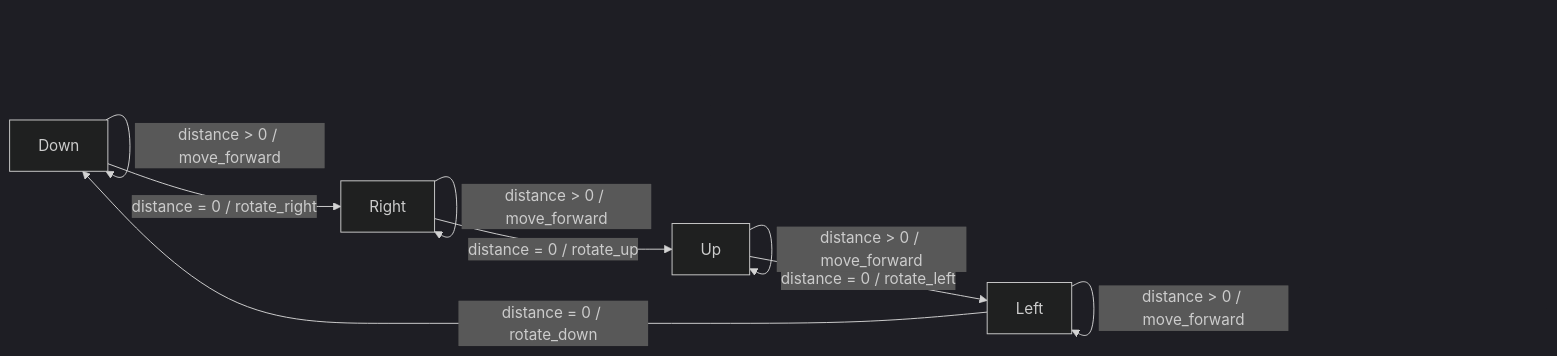
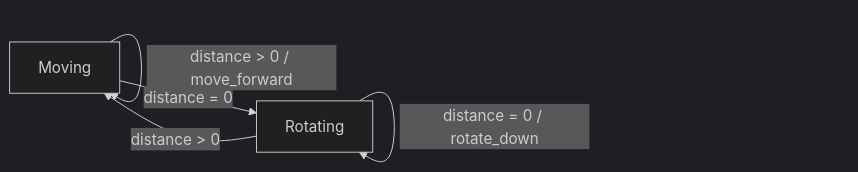
Before and after one commit to bartwesselink/2imc00-ros-sample: the diagram in README.md, drawn with Mermaid (dark theme). The commit also changed other lines of this file and 16 other files, not shown here.

````diff
--- a/README.md
+++ b/README.md
@@ -18,11 +18,10 @@
 ```mermaid
 graph LR;
-      Down-->|distance = 0 / rotate_right|Right;
-      Right-->|distance = 0 / rotate_up|Up;
-      Up-->|distance = 0 / rotate_left|Left;
-      Left-->|distance = 0 / rotate_down|Down;
-      Down-->|distance > 0 / move_forward|Down;
-      Right-->|distance > 0 / move_forward|Right;
-      Up-->|distance > 0 / move_forward|Up;
-      Left-->|distance > 0 / move_forward|Left;
+    Moving-->|distance = 0|Rotating;
+    Rotating-->|distance > 0|Moving;
+    Moving-->|distance > 0 / move_forward|Moving;
+    Rotating-->|distance = 0 / rotate_right|Rotating;
+    Rotating-->|distance = 0 / rotate_left|Rotating;
+    Rotating-->|distance = 0 / rotate_up|Rotating;
+    Rotating-->|distance = 0 / rotate_down|Rotating;
 ```
````
